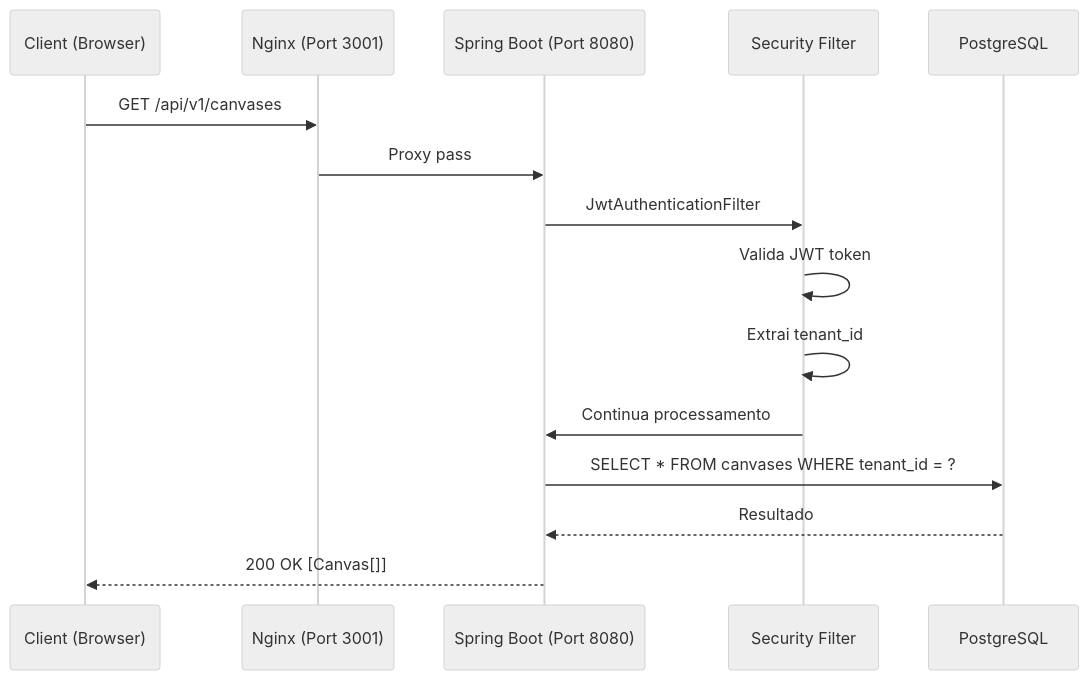
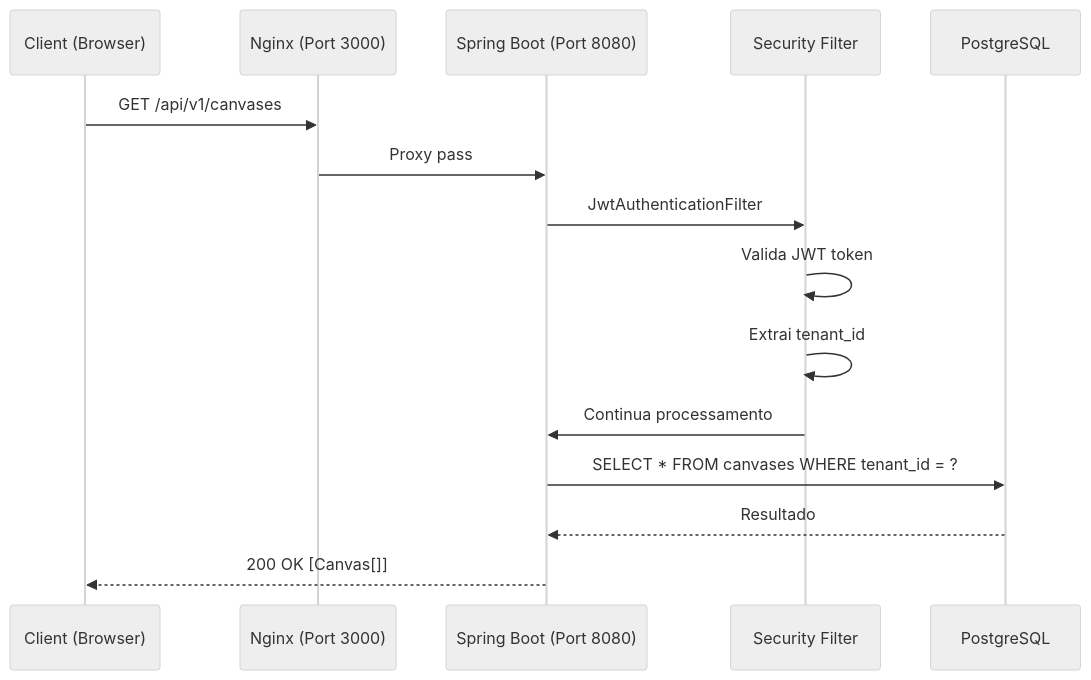
Diagram 14 of 18 in docs/architecture/architecture-diagrams.md (matalvesdev/cloudbuilder), drawn with Mermaid (neutral theme) before and after one commit. The commit also changed other lines of this file and 159 other files, not shown here.

````diff
--- a/docs/architecture/architecture-diagrams.md
+++ b/docs/architecture/architecture-diagrams.md
@@ -537,18 +533,18 @@
 ```mermaid
 sequenceDiagram
     participant C as Client (Browser)
-    participant NG as Nginx (Port 3001)
+    participant NG as Nginx (Port 3000)
     participant BE as Spring Boot (Port 8080)
     participant SEC as Security Filter
     participant DB as PostgreSQL
 
     C->>NG: GET /api/v1/canvases
     NG->>BE: Proxy pass
     BE->>SEC: JwtAuthenticationFilter
     SEC->>SEC: Valida JWT token
     SEC->>SEC: Extrai tenant_id
     SEC->>BE: Continua processamento
     BE->>DB: SELECT * FROM canvases WHERE tenant_id = ?
     DB-->>BE: Resultado
     BE-->>C: 200 OK [Canvas[]]
 ```
````
